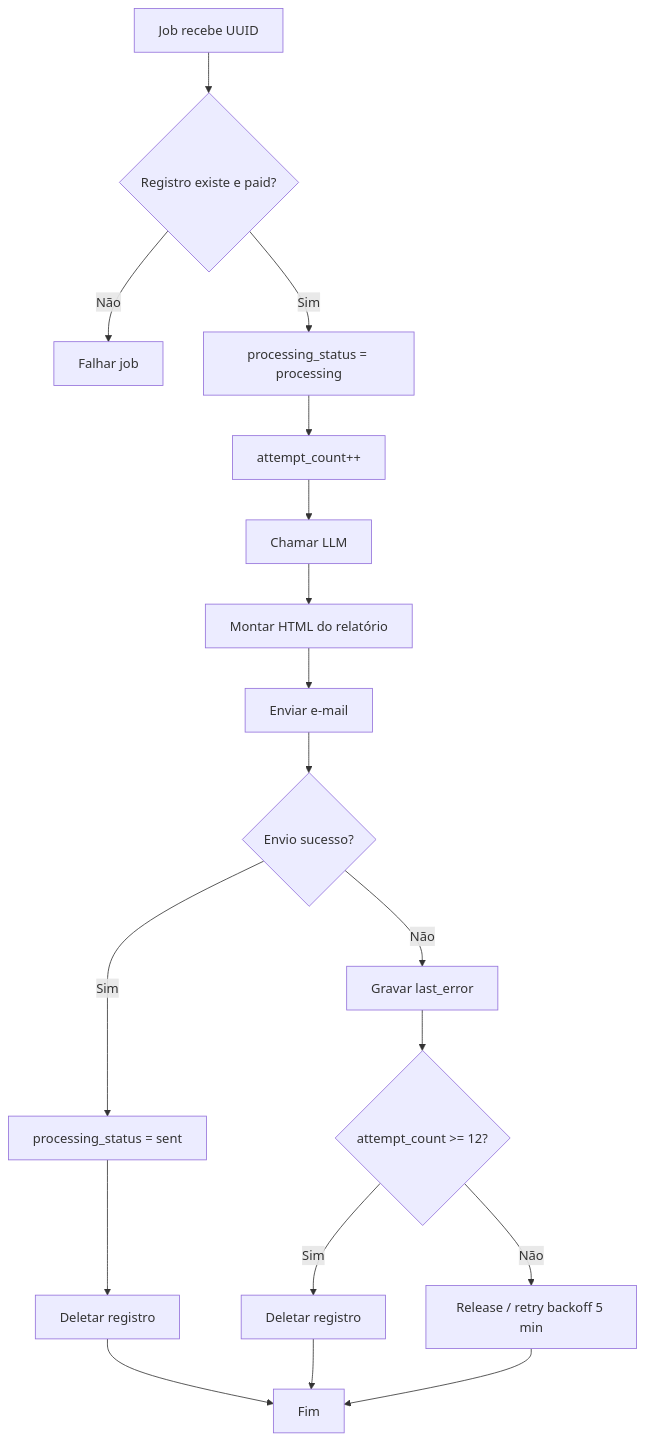
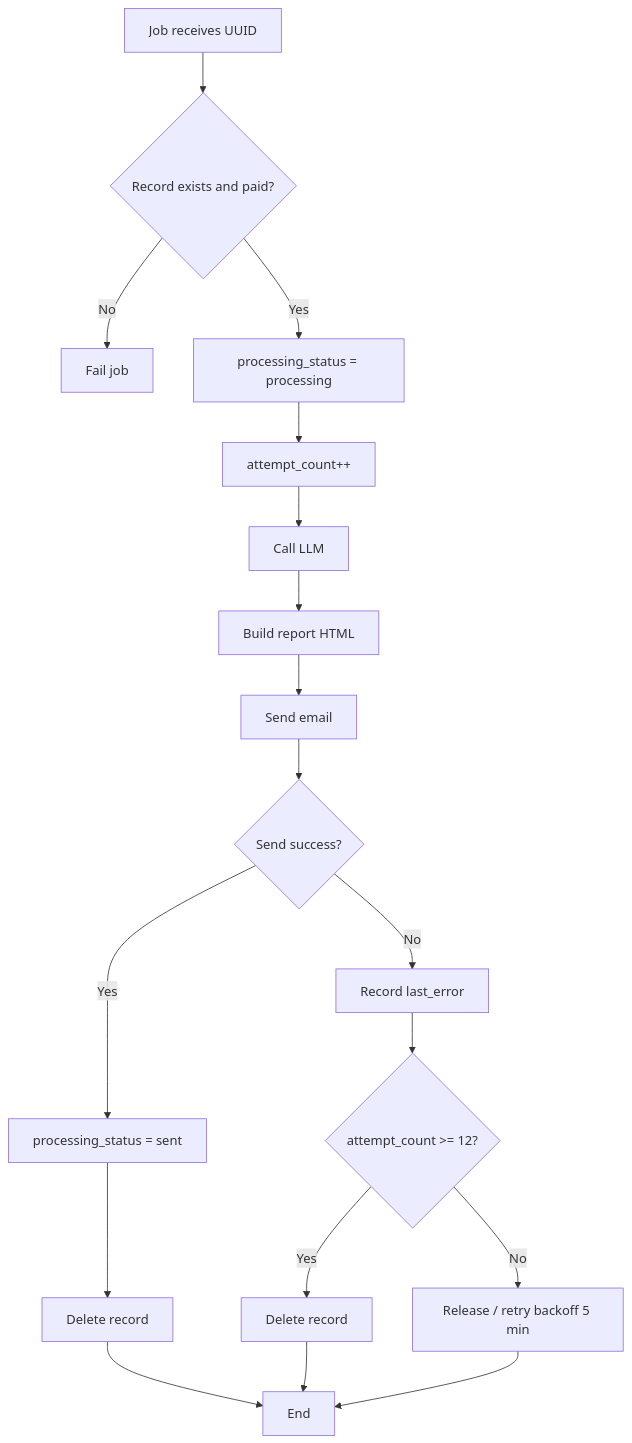
The diagram in docs/FDRs/ToDo/FDR_005_process_analysis_job.md (rogerio-pereira-dev/GoViral), drawn with Mermaid before and after one commit. The commit also changed other lines of this file and 51 other files, not shown here.

````diff
--- a/docs/FDRs/ToDo/FDR_005_process_analysis_job.md
+++ b/docs/FDRs/ToDo/FDR_005_process_analysis_job.md
@@ -21,20 +15,20 @@
 ```mermaid
 flowchart TD
-    A[Job recebe UUID] --> B{Registro existe e paid?}
-    B -->|Não| C[Falhar job]
-    B -->|Sim| D["processing_status = processing"]
+    A[Job receives UUID] --> B{Record exists and paid?}
+    B -->|No| C[Fail job]
+    B -->|Yes| D["processing_status = processing"]
     D --> E["attempt_count++"]
-    E --> F[Chamar LLM]
-    F --> G[Montar HTML do relatório]
-    G --> H[Enviar e-mail]
-    H --> I{Envio sucesso?}
-    I -->|Sim| J["processing_status = sent"]
-    J --> K[Deletar registro]
-    K --> L[Fim]
-    I -->|Não| M[Gravar last_error]
+    E --> F[Call LLM]
+    F --> G[Build report HTML]
+    G --> H[Send email]
+    H --> I{Send success?}
+    I -->|Yes| J["processing_status = sent"]
+    J --> K[Delete record]
+    K --> L[End]
+    I -->|No| M[Record last_error]
     M --> N{attempt_count >= 12?}
-    N -->|Sim| O[Deletar registro]
+    N -->|Yes| O[Delete record]
     O --> L
-    N -->|Não| P[Release / retry backoff 5 min]
+    N -->|No| P[Release / retry backoff 5 min]
     P --> L
 ```
````
